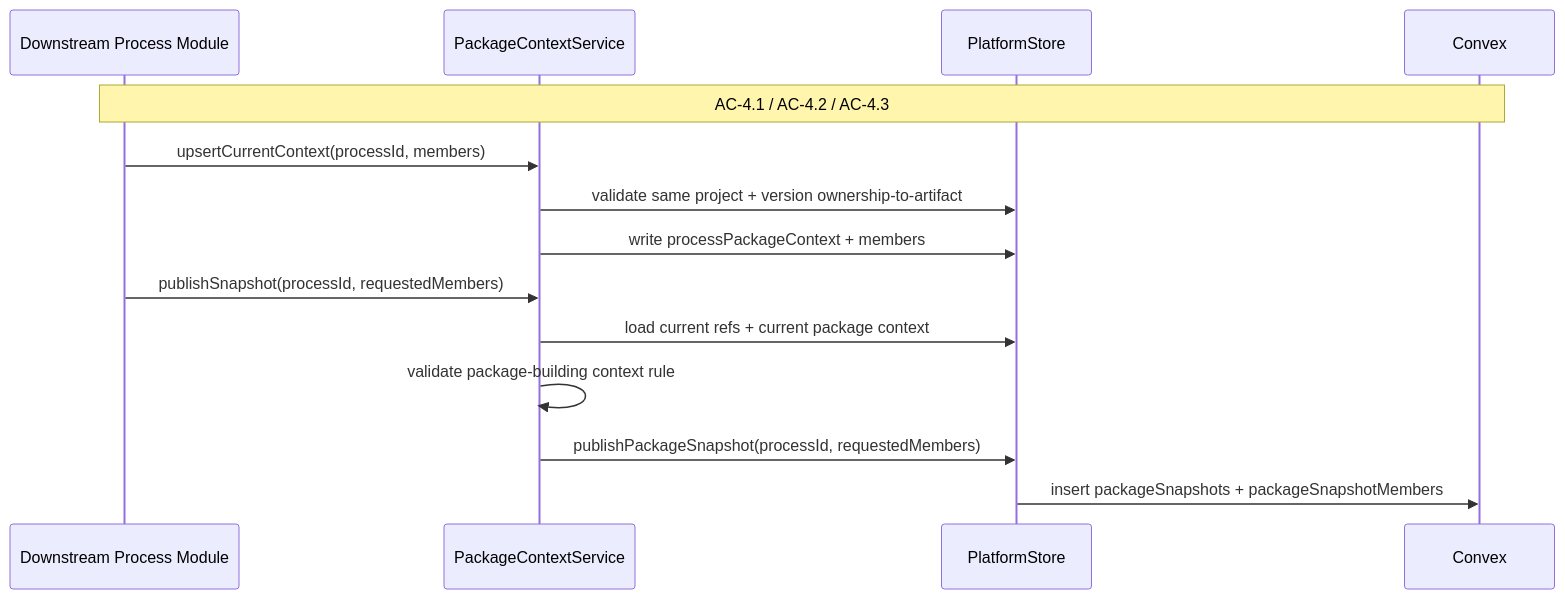
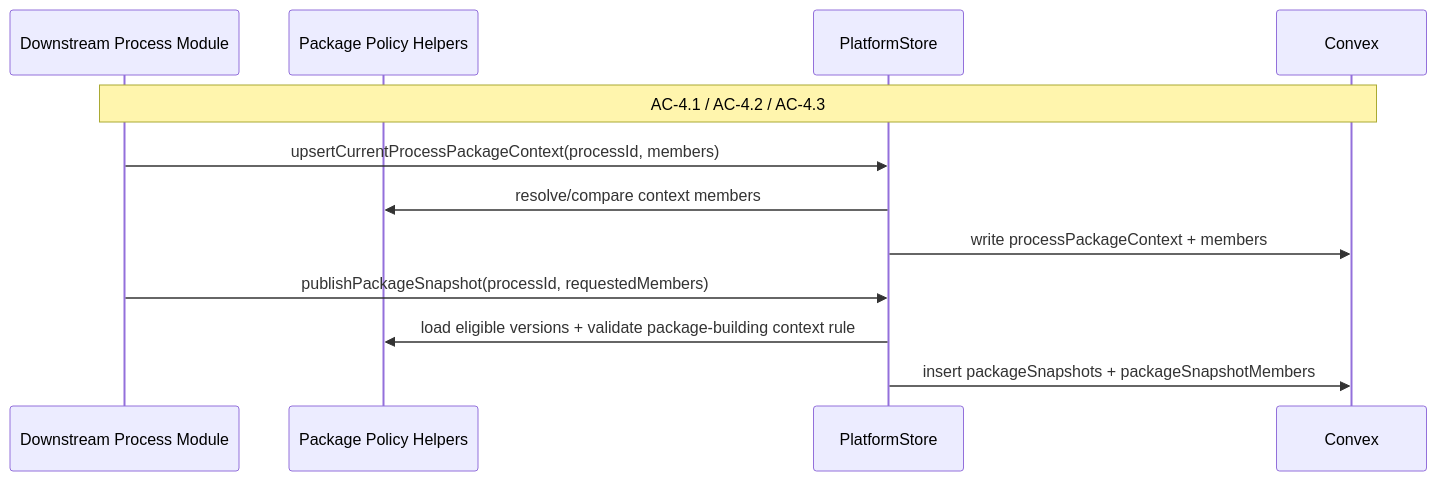
One commit to liminal-ai/liminal-build changed the fourth of 5 diagrams in docs/spec-build/v2/epics/05--artifact-model-and-review-provenance-alignment/tech-design-server.md. Above: the diagram before and after it, drawn with Mermaid. The commit also changed other lines of this file and 67 other files, not shown here.

````diff
--- a/docs/spec-build/v2/epics/05--artifact-model-and-review-provenance-alignment/tech-design-server.md
+++ b/docs/spec-build/v2/epics/05--artifact-model-and-review-provenance-alignment/tech-design-server.md
@@ -534,17 +549,15 @@
 ```mermaid
 sequenceDiagram
     participant ProcessModule as Downstream Process Module
-    participant PkgCtx as PackageContextService
+    participant PkgPolicy as Package Policy Helpers
     participant Store as PlatformStore
     participant Convex as Convex
 
     Note over ProcessModule,Convex: AC-4.1 / AC-4.2 / AC-4.3
-    ProcessModule->>PkgCtx: upsertCurrentContext(processId, members)
-    PkgCtx->>Store: validate same project + version ownership-to-artifact
-    PkgCtx->>Store: write processPackageContext + members
-    ProcessModule->>PkgCtx: publishSnapshot(processId, requestedMembers)
-    PkgCtx->>Store: load current refs + current package context
-    PkgCtx->>PkgCtx: validate package-building context rule
-    PkgCtx->>Store: publishPackageSnapshot(processId, requestedMembers)
+    ProcessModule->>Store: upsertCurrentProcessPackageContext(processId, members)
+    Store->>PkgPolicy: resolve/compare context members
+    Store->>Convex: write processPackageContext + members
+    ProcessModule->>Store: publishPackageSnapshot(processId, requestedMembers)
+    Store->>PkgPolicy: load eligible versions + validate package-building context rule
     Store->>Convex: insert packageSnapshots + packageSnapshotMembers
 ```
````
